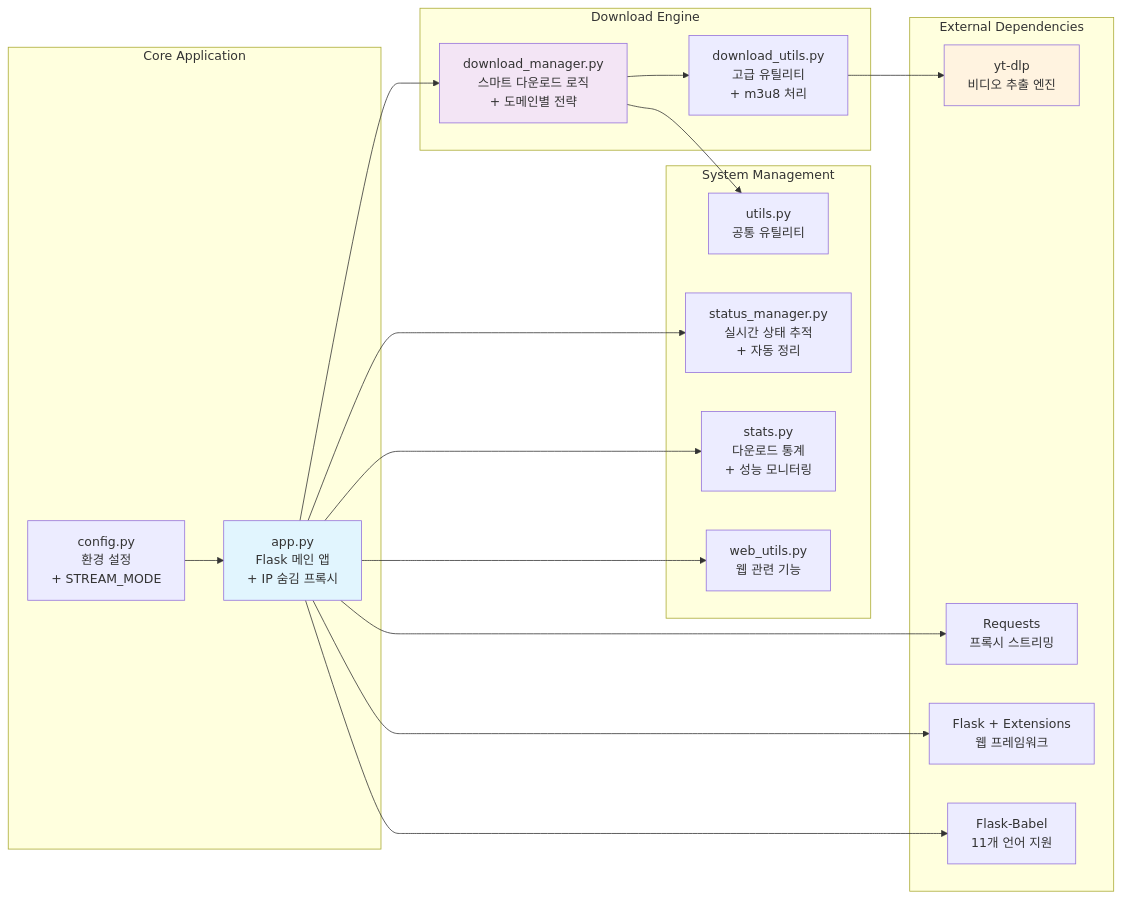
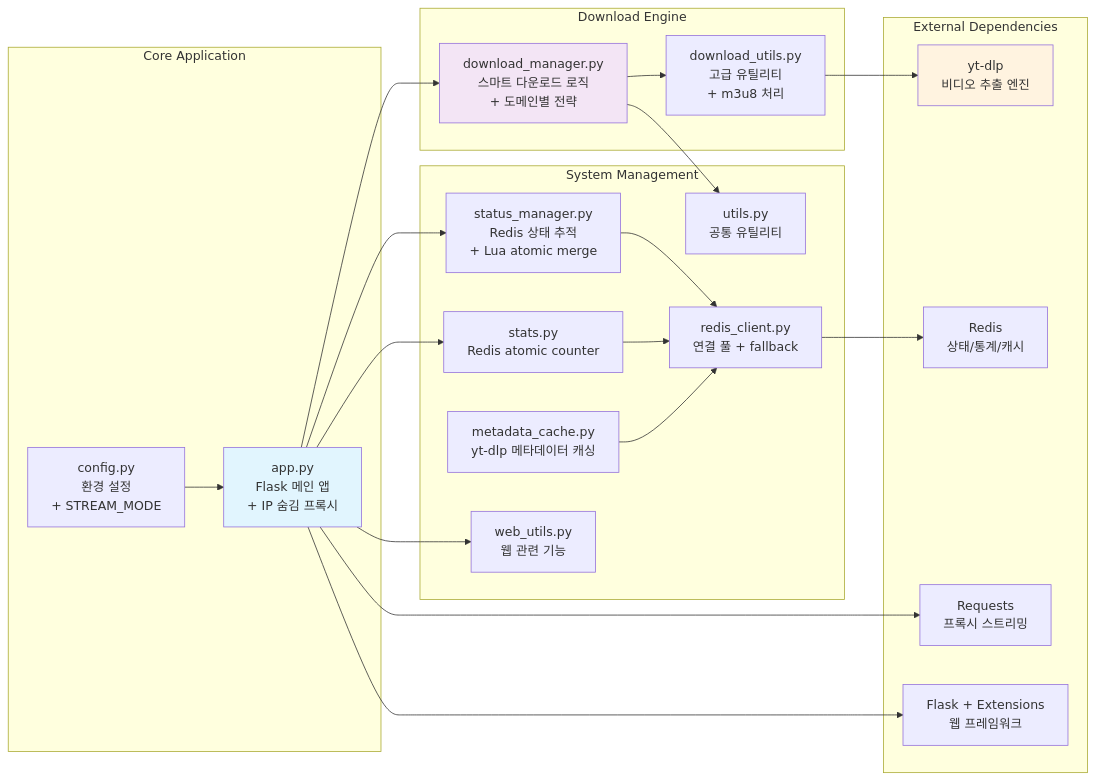
One commit to raphaelIl/dl-test changed the sixth of 6 diagrams in README.md. Above: the diagram before and after it, drawn with Mermaid. The commit also changed other lines of this file and 7 other files, not shown here.

````diff
--- a/README.md
+++ b/README.md
@@ -431,42 +505,47 @@
 ```mermaid
 graph LR
     subgraph "Core Application"
         APP[app.py<br/>Flask 메인 앱<br/>+ IP 숨김 프록시]
         CONFIG[config.py<br/>환경 설정<br/>+ STREAM_MODE]
     end
     
     subgraph "Download Engine"
         DM[download_manager.py<br/>스마트 다운로드 로직<br/>+ 도메인별 전략]
         DU[download_utils.py<br/>고급 유틸리티<br/>+ m3u8 처리]
     end
     
     subgraph "System Management"
-        SM[status_manager.py<br/>실시간 상태 추적<br/>+ 자동 정리]
-        STATS[stats.py<br/>다운로드 통계<br/>+ 성능 모니터링]
+        SM[status_manager.py<br/>Redis 상태 추적<br/>+ Lua atomic merge]
+        STATS[stats.py<br/>Redis atomic counter]
+        RC[redis_client.py<br/>연결 풀 + fallback]
+        MC[metadata_cache.py<br/>yt-dlp 메타데이터 캐싱]
         UTILS[utils.py<br/>공통 유틸리티]
         WU[web_utils.py<br/>웹 관련 기능]
     end
     
     subgraph "External Dependencies"
         YTDLP[yt-dlp<br/>비디오 추출 엔진]
         FLASK[Flask + Extensions<br/>웹 프레임워크]
-        BABEL[Flask-Babel<br/>11개 언어 지원]
+        REDIS_EXT[Redis<br/>상태/통계/캐시]
         REQUESTS[Requests<br/>프록시 스트리밍]
     end
     
     APP --> DM
     APP --> SM
     APP --> STATS
     APP --> WU
     APP --> REQUESTS
     DM --> DU
     DM --> UTILS
     DU --> YTDLP
+    SM --> RC
+    MC --> RC
+    STATS --> RC
+    RC --> REDIS_EXT
     APP --> FLASK
-    APP --> BABEL
     CONFIG --> APP
     
     style APP fill:#e1f5fe
     style DM fill:#f3e5f5
     style YTDLP fill:#fff3e0
 ```
````
